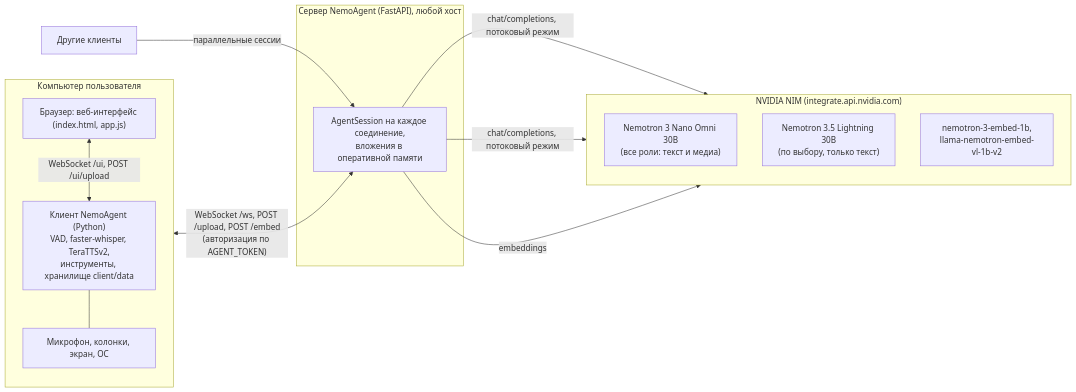
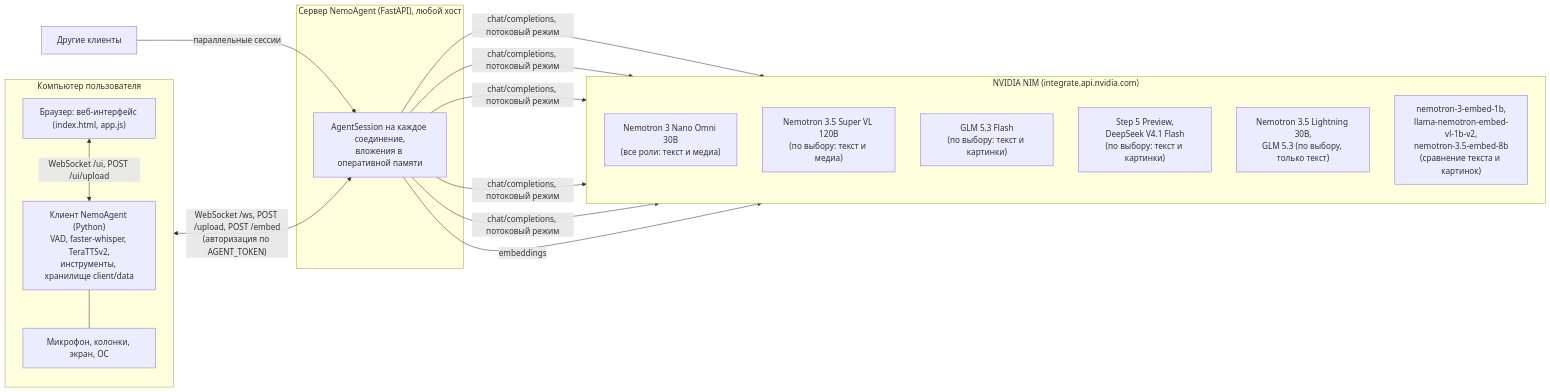
One commit to ALeksandr13254/NemoAgent changed the first of 7 diagrams in README.md. Above: the diagram before and after it, drawn with Mermaid. The commit also changed other lines of this file and 13 other files, not shown here.

````diff
--- a/README.md
+++ b/README.md
@@ -62,28 +64,34 @@
 ```mermaid
 flowchart LR
     subgraph PC["Компьютер пользователя"]
         direction TB
         BR["Браузер: веб-интерфейс (index.html, app.js)"]
         CL["Клиент NemoAgent (Python)<br/>VAD, faster-whisper, TeraTTSv2,<br/>инструменты, хранилище client/data"]
         HW["Микрофон, колонки, экран, ОС"]
         BR <-- "WebSocket /ui, POST /ui/upload" --> CL
         CL --- HW
     end
 
     subgraph SRV["Сервер NemoAgent (FastAPI), любой хост"]
         SS["AgentSession на каждое соединение,<br/>вложения в оперативной памяти"]
     end
 
     subgraph NIM["NVIDIA NIM (integrate.api.nvidia.com)"]
         direction TB
         M1["Nemotron 3 Nano Omni 30B<br/>(все роли: текст и медиа)"]
-        M2["Nemotron 3.5 Lightning 30B<br/>(по выбору, только текст)"]
-        M3["nemotron-3-embed-1b,<br/>llama-nemotron-embed-vl-1b-v2"]
+        M1b["Nemotron 3.5 Super VL 120B<br/>(по выбору: текст и медиа)"]
+        M1c["GLM 5.3 Flash<br/>(по выбору: текст и картинки)"]
+        M1d["Step 5 Preview,<br/>DeepSeek V4.1 Flash<br/>(по выбору: текст и картинки)"]
+        M2["Nemotron 3.5 Lightning 30B,<br/>GLM 5.3 (по выбору, только текст)"]
+        M3["nemotron-3-embed-1b,<br/>llama-nemotron-embed-vl-1b-v2,<br/>nemotron-3.5-embed-8b<br/>(сравнение текста и картинок)"]
     end
 
     OTHER["Другие клиенты"] -- "параллельные сессии" --> SS
     CL <-- "WebSocket /ws, POST /upload, POST /embed<br/>(авторизация по AGENT_TOKEN)" --> SS
     SS -- "chat/completions, потоковый режим" --> M1
+    SS -- "chat/completions, потоковый режим" --> M1b
+    SS -- "chat/completions, потоковый режим" --> M1c
+    SS -- "chat/completions, потоковый режим" --> M1d
     SS -- "chat/completions, потоковый режим" --> M2
     SS -- "embeddings" --> M3
 ```
````
